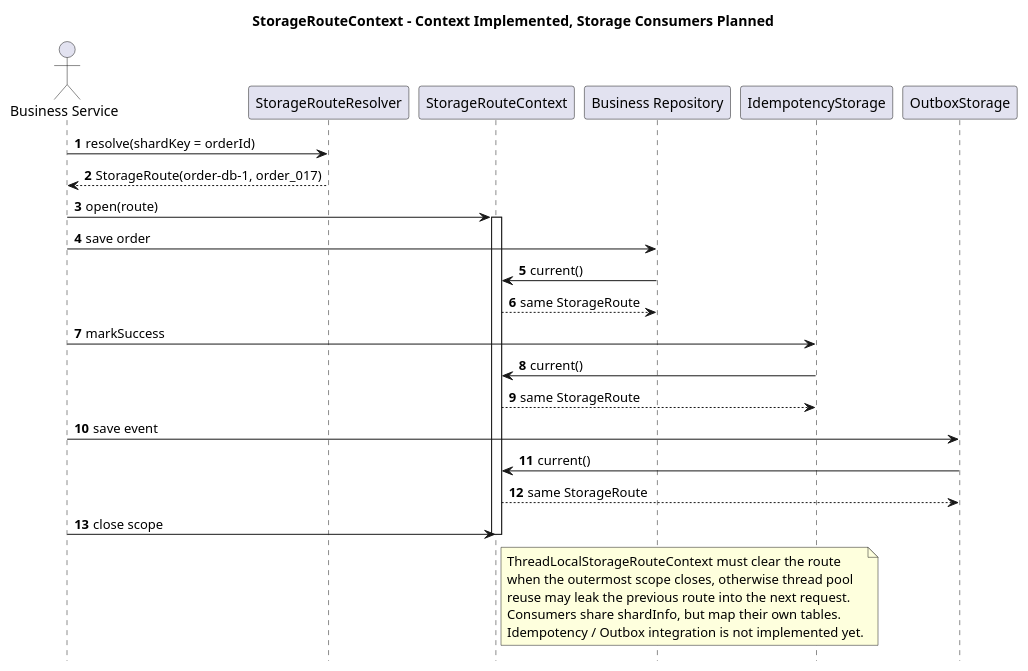
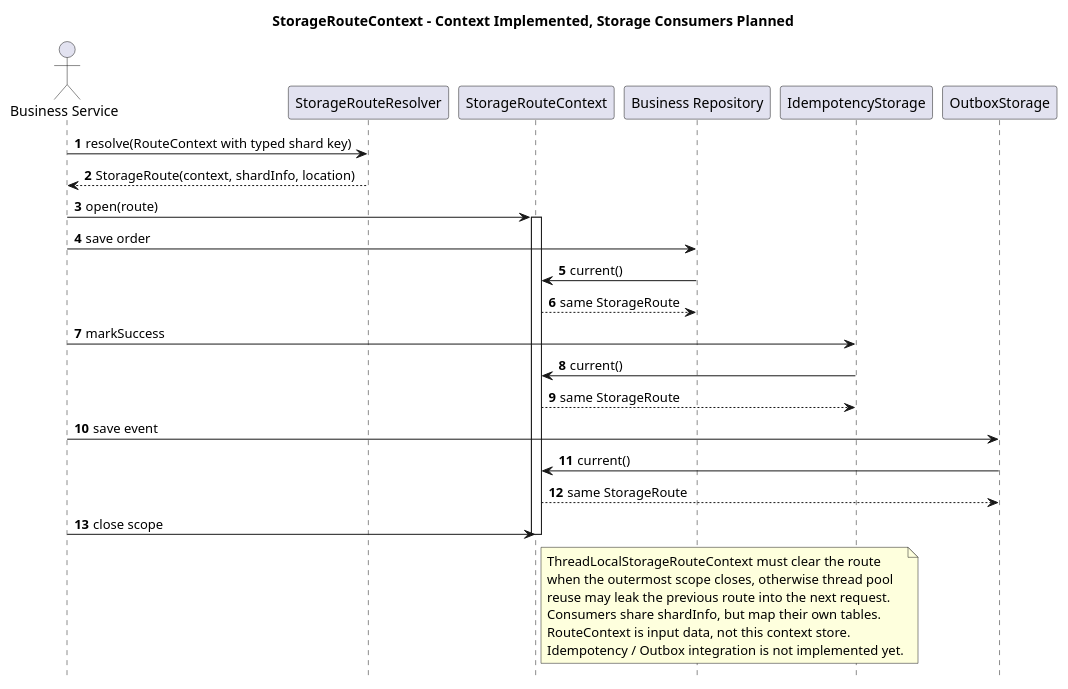
One commit to pbxjtumse/iron-components-java changed the diagram in component/storage-routing-component/docs/sequence/01-storage-route-context.puml. Above: the diagram before and after it, drawn with PlantUML. The commit also changed 31 other files, not shown here.

```diff
--- a/component/storage-routing-component/docs/sequence/01-storage-route-context.puml
+++ b/component/storage-routing-component/docs/sequence/01-storage-route-context.puml
@@ -1,44 +1,45 @@
 @startuml
 title StorageRouteContext - Context Implemented, Storage Consumers Planned
 
 autonumber
 skinparam shadowing false
 hide footbox
 
 actor "Business Service" as Service
 participant "StorageRouteResolver" as Resolver
 participant "StorageRouteContext" as Context
 participant "Business Repository" as Repository
 participant "IdempotencyStorage" as Idem
 participant "OutboxStorage" as Outbox
 
-Service -> Resolver : resolve(shardKey = orderId)
-Resolver --> Service : StorageRoute(order-db-1, order_017)
+Service -> Resolver : resolve(RouteContext with typed shard key)
+Resolver --> Service : StorageRoute(context, shardInfo, location)
 
 Service -> Context : open(route)
 activate Context
 
 Service -> Repository : save order
 Repository -> Context : current()
 Context --> Repository : same StorageRoute
 
 Service -> Idem : markSuccess
 Idem -> Context : current()
 Context --> Idem : same StorageRoute
 
 Service -> Outbox : save event
 Outbox -> Context : current()
 Context --> Outbox : same StorageRoute
 
 Service -> Context : close scope
 deactivate Context
 
 note right of Context
 ThreadLocalStorageRouteContext must clear the route
 when the outermost scope closes, otherwise thread pool
 reuse may leak the previous route into the next request.
 Consumers share shardInfo, but map their own tables.
+RouteContext is input data, not this context store.
 Idempotency / Outbox integration is not implemented yet.
 end note
 
 @enduml
```
